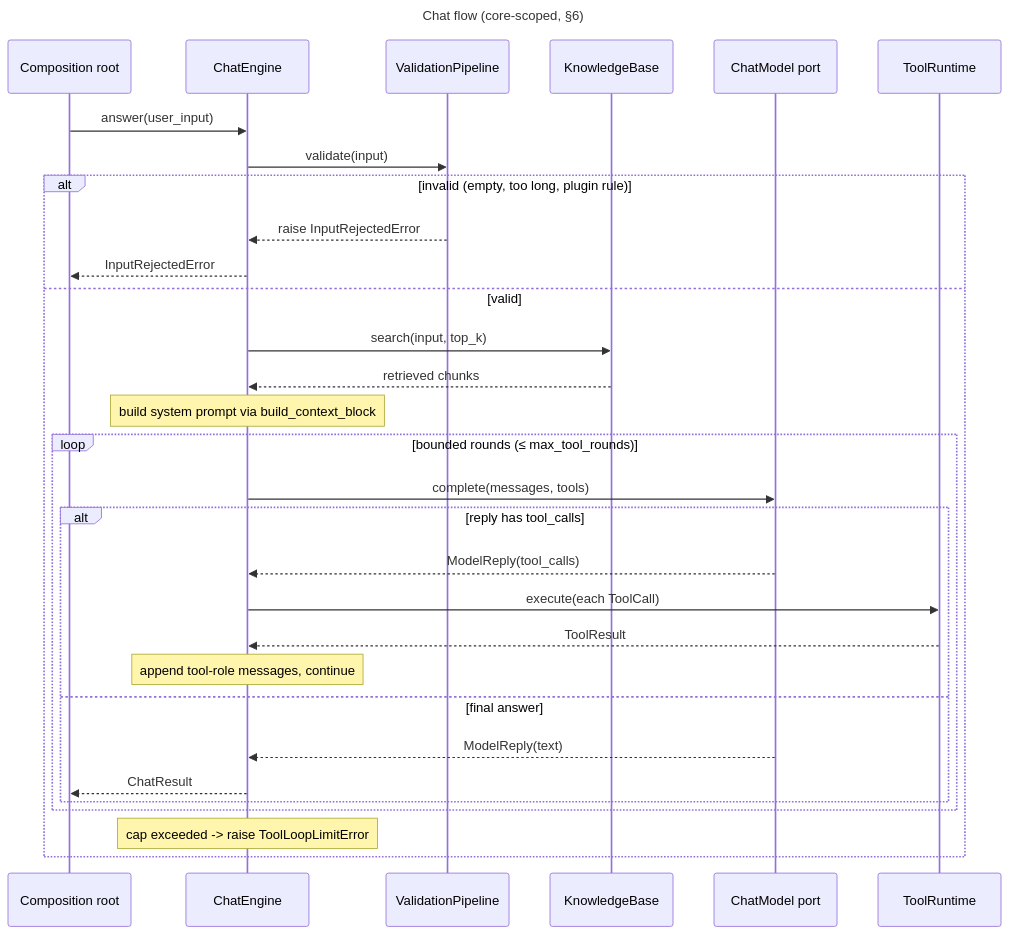
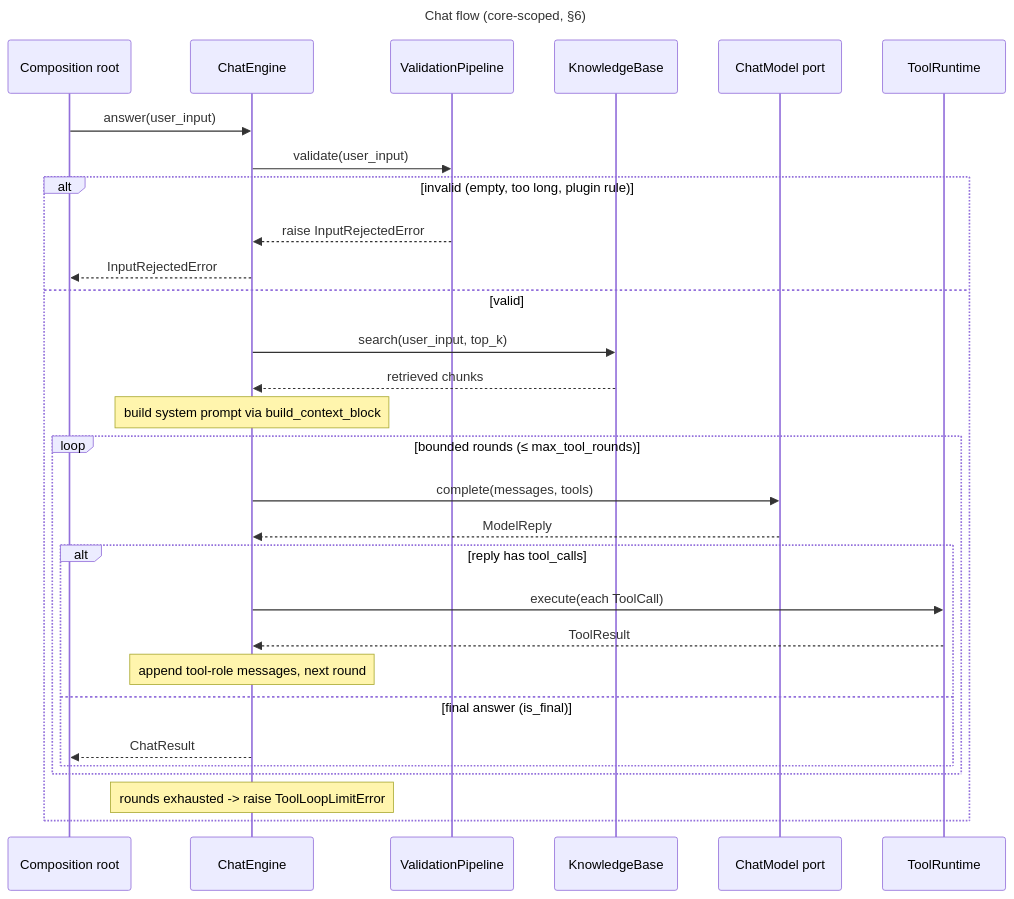
The third of 3 diagrams in docs/plans/chat-engine.md (aschog/cora), drawn with Mermaid before and after one commit.

Commit message:
docs: fix logical errors in chat engine flow diagram

````diff
--- a/docs/plans/chat-engine.md
+++ b/docs/plans/chat-engine.md
@@ -183,36 +183,35 @@
 ```mermaid
 ---
 title: Chat flow (core-scoped, §6)
 ---
 sequenceDiagram
   participant Caller as Composition root
   participant ORCH as ChatEngine
   participant VAL as ValidationPipeline
   participant KB as KnowledgeBase
   participant LLM as ChatModel port
   participant TOOL as ToolRuntime
 
   Caller->>ORCH: answer(user_input)
-  ORCH->>VAL: validate(input)
+  ORCH->>VAL: validate(user_input)
   alt invalid (empty, too long, plugin rule)
     VAL-->>ORCH: raise InputRejectedError
     ORCH-->>Caller: InputRejectedError
   else valid
-    ORCH->>KB: search(input, top_k)
+    ORCH->>KB: search(user_input, top_k)
     KB-->>ORCH: retrieved chunks
     Note over ORCH: build system prompt via build_context_block
     loop bounded rounds (≤ max_tool_rounds)
       ORCH->>LLM: complete(messages, tools)
+      LLM-->>ORCH: ModelReply
       alt reply has tool_calls
-        LLM-->>ORCH: ModelReply(tool_calls)
         ORCH->>TOOL: execute(each ToolCall)
         TOOL-->>ORCH: ToolResult
-        Note over ORCH: append tool-role messages, continue
-      else final answer
-        LLM-->>ORCH: ModelReply(text)
+        Note over ORCH: append tool-role messages, next round
+      else final answer (is_final)
         ORCH-->>Caller: ChatResult
       end
     end
-    Note over ORCH: cap exceeded -> raise ToolLoopLimitError
+    Note over ORCH: rounds exhausted -> raise ToolLoopLimitError
   end
 ```
````
